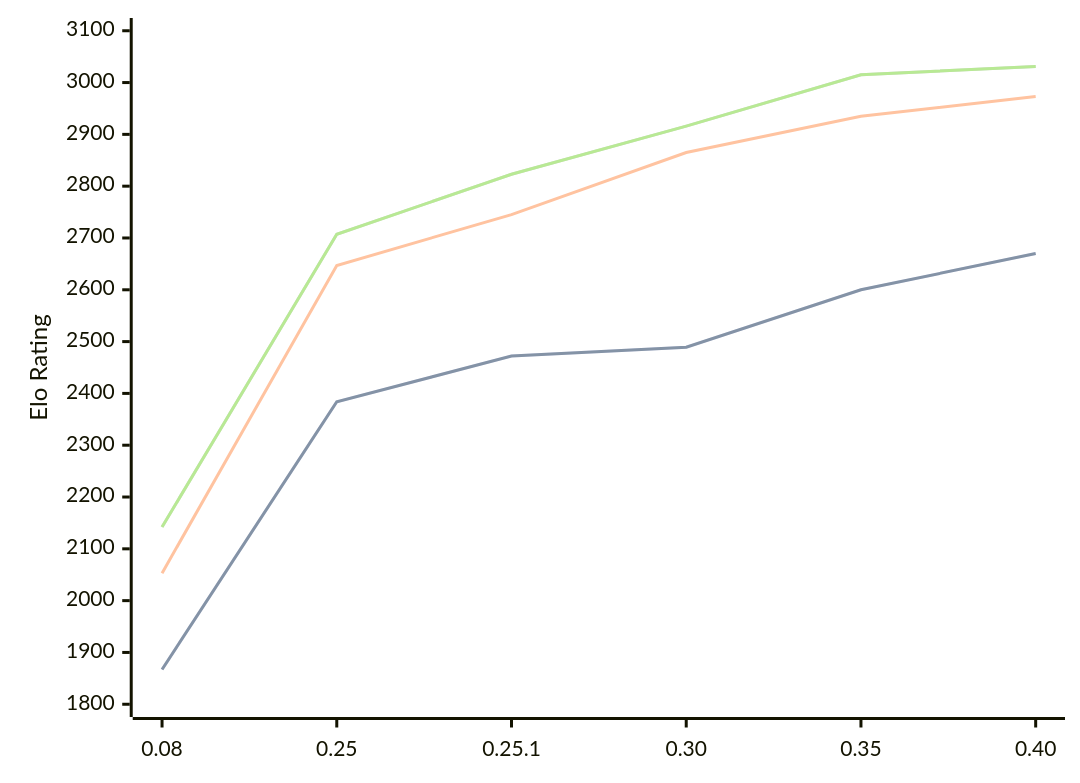
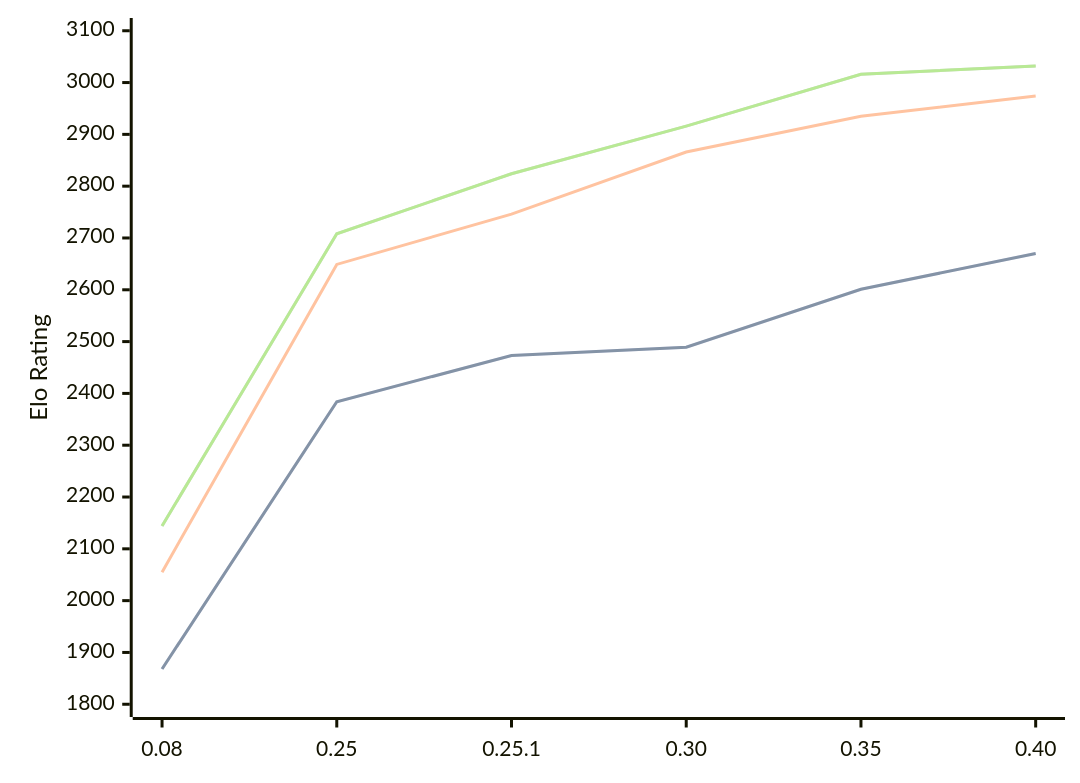
Before and after one commit to computer-chess-index/cci: the diagram in engines/Gecko.md, drawn with Mermaid. The commit also changed other lines of this file, not shown here.

Commit message:
Update CCI Ratings (ELO VLTC) - 2026-07-24

````diff
--- a/engines/Gecko.md
+++ b/engines/Gecko.md
@@ -36,11 +36,11 @@
 ```mermaid
 %%{init: {"theme":"base","themeVariables":{"seriesColors:['#a3a3a3','#222221','#faa371']}}}%%
 xychart-beta
   x-axis ["0.08", "0.25", "0.25.1", "0.30", "0.35", "0.40"]
   y-axis "Elo Rating" 1800 --> 3100
-  line "STC (8.0+0.08s)" [1867, 2384, 2472, 2489, 2600, 2670]
-  line "STC (8.0+0.08s)" [1867, 2384, 2472, 2489, 2600, 2670]
-  line "LTC (60.0+0.60s)" [2053, 2647, 2745, 2865, 2935, 2973]
-  line "VLTC (2m24s+1.12s)" [2142, 2707, 2823, 2916, 3015, 3031]
-  line "VLTC (2m24s+1.12s)" [2142, 2707, 2823, 2916, 3015, 3031]
+  line "STC (8.0+0.08s)" [1868, 2384, 2473, 2489, 2601, 2670]
+  line "STC (8.0+0.08s)" [1868, 2384, 2473, 2489, 2601, 2670]
+  line "LTC (60.0+0.60s)" [2055, 2649, 2746, 2866, 2935, 2974]
+  line "VLTC (2m24s+1.12s)" [2144, 2708, 2824, 2916, 3016, 3032]
+  line "VLTC (2m24s+1.12s)" [2144, 2708, 2824, 2916, 3016, 3032]
 ```
````
